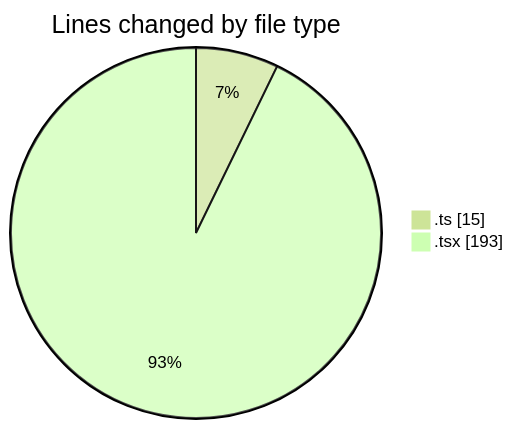
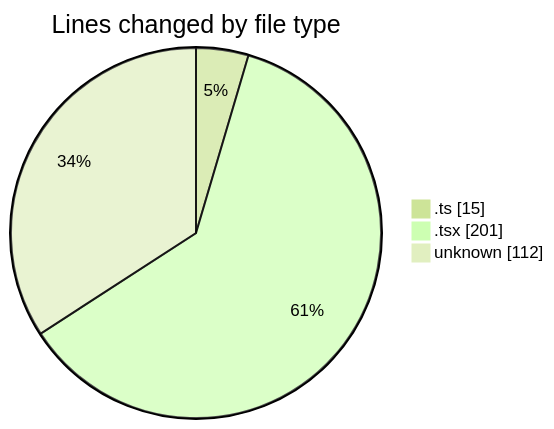
Before and after one commit to momahboobian/code-tracking: the first of 2 diagrams in 2026-04-29/cda/README.md, drawn with Mermaid (forest theme). The commit also changed other lines of this file and 1 other file, not shown here.

````diff
--- a/2026-04-29/cda/README.md
+++ b/2026-04-29/cda/README.md
@@ -24,6 +25,7 @@
 ```mermaid
 pie showData
 title Lines changed by file type
 ".ts" : 15
-".tsx" : 193
+".tsx" : 201
+"unknown" : 112
 ```
````
